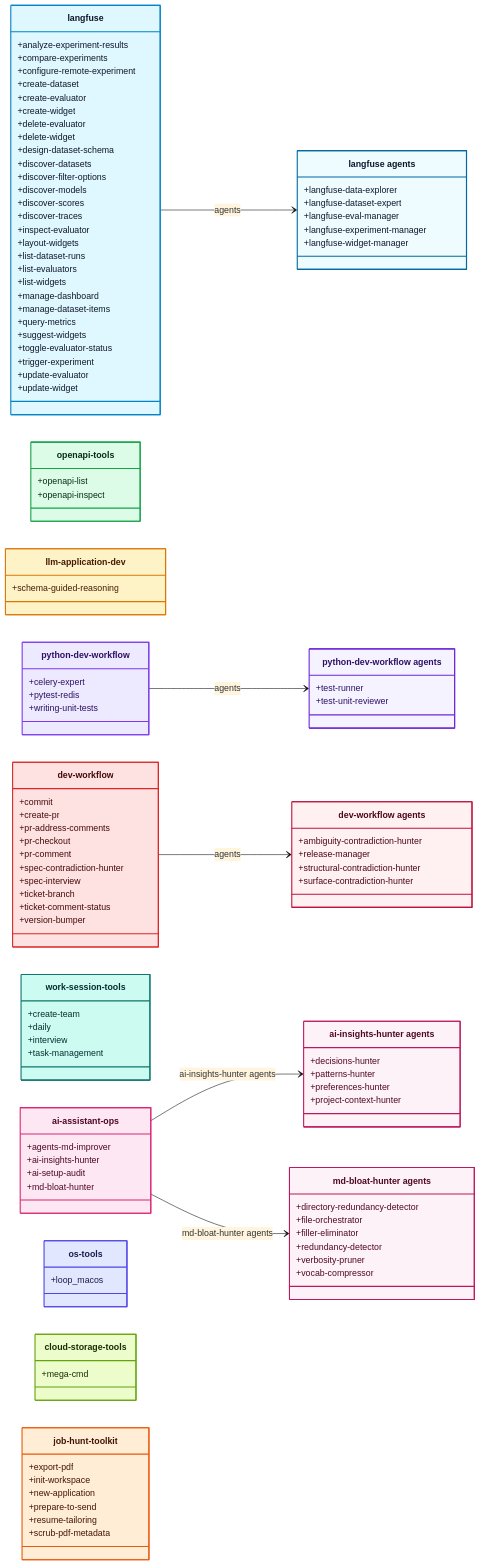
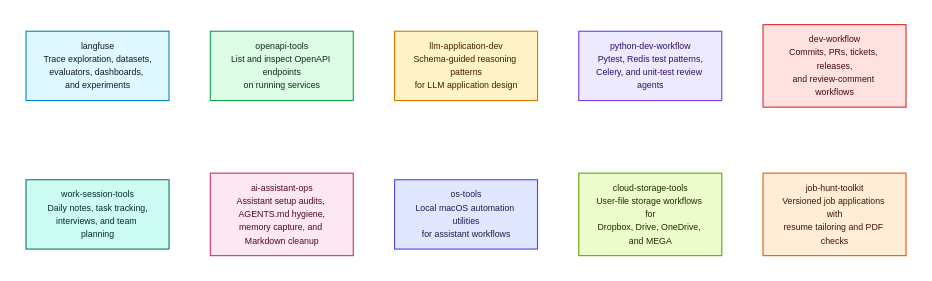
One commit to Alex-Kopylov/zweihander changed the diagram in README.md. Above: the diagram before and after it, drawn with Mermaid (base theme).

Commit message:
docs: simplify plugin catalog diagram

````diff
--- a/README.md
+++ b/README.md
@@ -82,145 +82,38 @@
 ```mermaid
-classDiagram
-direction LR
+flowchart TB
 
-class Langfuse["langfuse"]:::langfuse {
-  +analyze-experiment-results
-  +compare-experiments
-  +configure-remote-experiment
-  +create-dataset
-  +create-evaluator
-  +create-widget
-  +delete-evaluator
-  +delete-widget
-  +design-dataset-schema
-  +discover-datasets
-  +discover-filter-options
-  +discover-models
-  +discover-scores
-  +discover-traces
-  +inspect-evaluator
-  +layout-widgets
-  +list-dataset-runs
-  +list-evaluators
-  +list-widgets
-  +manage-dashboard
-  +manage-dataset-items
-  +query-metrics
-  +suggest-widgets
-  +toggle-evaluator-status
-  +trigger-experiment
-  +update-evaluator
-  +update-widget
-}
-class LangfuseAgents["langfuse agents"]:::langfuseAgents {
-  +langfuse-data-explorer
-  +langfuse-dataset-expert
-  +langfuse-eval-manager
-  +langfuse-experiment-manager
-  +langfuse-widget-manager
-}
+subgraph RowOne[" "]
+  direction LR
+  Langfuse["langfuse<br/>Trace exploration, datasets,<br/>evaluators, dashboards, and experiments"]:::langfuse
+  OpenAPITools["openapi-tools<br/>List and inspect OpenAPI endpoints<br/>on running services"]:::openapi
+  LLMApplicationDev["llm-application-dev<br/>Schema-guided reasoning patterns<br/>for LLM application design"]:::llm
+  PythonDevWorkflow["python-dev-workflow<br/>Pytest, Redis test patterns,<br/>Celery, and unit-test review agents"]:::python
+  DevWorkflow["dev-workflow<br/>Commits, PRs, tickets, releases,<br/>and review-comment workflows"]:::dev
+end
 
-class OpenAPITools["openapi-tools"]:::openapi {
-  +openapi-list
-  +openapi-inspect
-}
+subgraph RowTwo[" "]
+  direction LR
+  WorkSessionTools["work-session-tools<br/>Daily notes, task tracking,<br/>interviews, and team planning"]:::session
+  AIAssistantOps["ai-assistant-ops<br/>Assistant setup audits, AGENTS.md hygiene,<br/>memory capture, and Markdown cleanup"]:::ops
+  OSTools["os-tools<br/>Local macOS automation utilities<br/>for assistant workflows"]:::os
+  CloudStorageTools["cloud-storage-tools<br/>User-file storage workflows for<br/>Dropbox, Drive, OneDrive, and MEGA"]:::storage
+  JobHuntToolkit["job-hunt-toolkit<br/>Versioned job applications with<br/>resume tailoring and PDF checks"]:::job
+end
 
-class LLMApplicationDev["llm-application-dev"]:::llm {
-  +schema-guided-reasoning
-}
-
-class PythonDevWorkflow["python-dev-workflow"]:::python {
-  +celery-expert
-  +pytest-redis
-  +writing-unit-tests
-}
-class PythonDevWorkflowAgents["python-dev-workflow agents"]:::pythonAgents {
-  +test-runner
-  +test-unit-reviewer
-}
-
-class DevWorkflow["dev-workflow"]:::dev {
-  +commit
-  +create-pr
-  +pr-address-comments
-  +pr-checkout
-  +pr-comment
-  +spec-contradiction-hunter
-  +spec-interview
-  +ticket-branch
-  +ticket-comment-status
-  +version-bumper
-}
-class DevWorkflowAgents["dev-workflow agents"]:::devAgents {
-  +ambiguity-contradiction-hunter
-  +release-manager
-  +structural-contradiction-hunter
-  +surface-contradiction-hunter
-}
-
-class WorkSessionTools["work-session-tools"]:::session {
-  +create-team
-  +daily
-  +interview
-  +task-management
-}
-
-class AIAssistantOps["ai-assistant-ops"]:::ops {
-  +agents-md-improver
-  +ai-insights-hunter
-  +ai-setup-audit
-  +md-bloat-hunter
-}
-class AIInsightsHunterAgents["ai-insights-hunter agents"]:::opsAgents {
-  +decisions-hunter
-  +patterns-hunter
-  +preferences-hunter
-  +project-context-hunter
-}
-class MDBloatHunterAgents["md-bloat-hunter agents"]:::opsAgents {
-  +directory-redundancy-detector
-  +file-orchestrator
-  +filler-eliminator
-  +redundancy-detector
-  +verbosity-pruner
-  +vocab-compressor
-}
-
-class OSTools["os-tools"]:::os {
-  +loop_macos
-}
-
-class CloudStorageTools["cloud-storage-tools"]:::storage {
-  +mega-cmd
-}
-
-class JobHuntToolkit["job-hunt-toolkit"]:::job {
-  +export-pdf
-  +init-workspace
-  +new-application
-  +prepare-to-send
-  +resume-tailoring
-  +scrub-pdf-metadata
-}
-
-Langfuse --> LangfuseAgents : agents
-PythonDevWorkflow --> PythonDevWorkflowAgents : agents
-DevWorkflow --> DevWorkflowAgents : agents
-AIAssistantOps --> AIInsightsHunterAgents : ai-insights-hunter agents
-AIAssistantOps --> MDBloatHunterAgents : md-bloat-hunter agents
+Langfuse ~~~ OpenAPITools ~~~ LLMApplicationDev ~~~ PythonDevWorkflow ~~~ DevWorkflow
+WorkSessionTools ~~~ AIAssistantOps ~~~ OSTools ~~~ CloudStorageTools ~~~ JobHuntToolkit
+RowOne ~~~ RowTwo
 
 classDef langfuse fill:#dff7ff,stroke:#0284c7,stroke-width:2px,color:#0f172a;
-classDef langfuseAgents fill:#eefbff,stroke:#0369a1,stroke-width:2px,color:#0f172a;
 classDef openapi fill:#dcfce7,stroke:#16a34a,stroke-width:2px,color:#052e16;
 classDef llm fill:#fef3c7,stroke:#d97706,stroke-width:2px,color:#451a03;
 classDef python fill:#ede9fe,stroke:#7c3aed,stroke-width:2px,color:#2e1065;
-classDef pythonAgents fill:#f5f3ff,stroke:#6d28d9,stroke-width:2px,color:#2e1065;
 classDef dev fill:#fee2e2,stroke:#dc2626,stroke-width:2px,color:#450a0a;
-classDef devAgents fill:#fff1f2,stroke:#be123c,stroke-width:2px,color:#4c0519;
 classDef session fill:#ccfbf1,stroke:#0f766e,stroke-width:2px,color:#042f2e;
 classDef ops fill:#fce7f3,stroke:#db2777,stroke-width:2px,color:#500724;
-classDef opsAgents fill:#fdf2f8,stroke:#be185d,stroke-width:2px,color:#500724;
 classDef os fill:#e0e7ff,stroke:#4f46e5,stroke-width:2px,color:#1e1b4b;
 classDef storage fill:#ecfccb,stroke:#65a30d,stroke-width:2px,color:#1a2e05;
 classDef job fill:#ffedd5,stroke:#ea580c,stroke-width:2px,color:#431407;
+style RowOne fill:transparent,stroke:transparent,color:transparent;
+style RowTwo fill:transparent,stroke:transparent,color:transparent;
 ```
````
